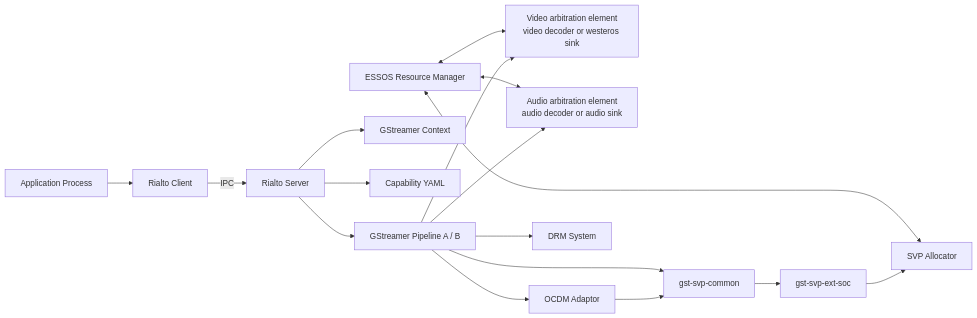
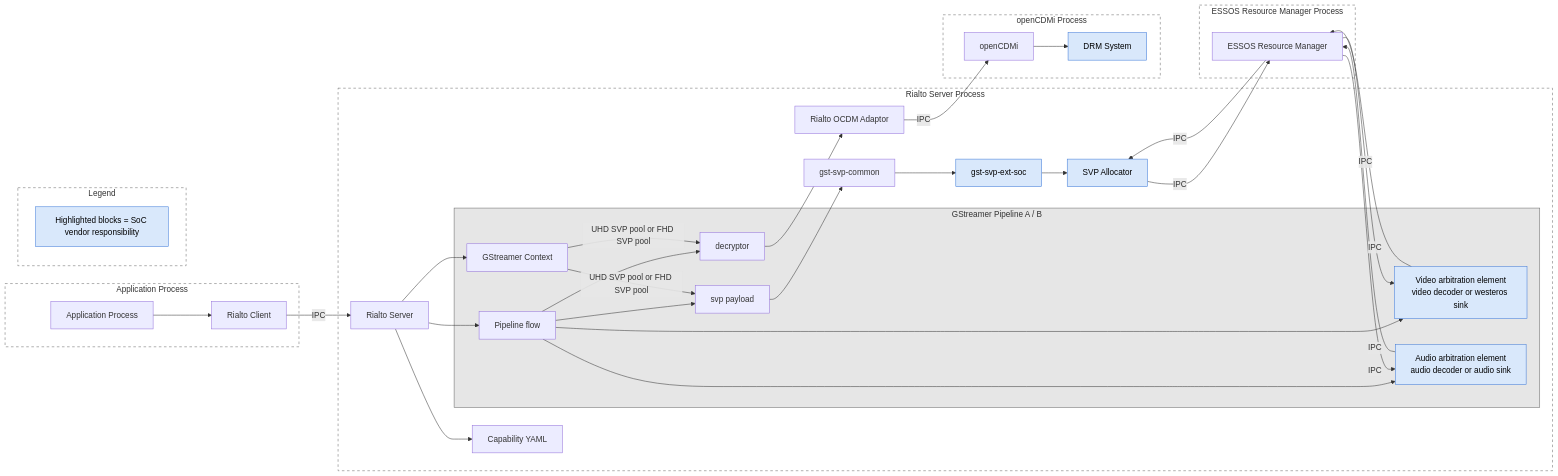
Before and after one commit to rdkcentral/rdk-hpk-documentation: the first of 9 diagrams in doc/SPECIFICATION-dual-decode-legacy-av-hal-extension.md, drawn with Mermaid. The commit also changed other lines of this file, not shown here.

First line of the commit message:
gh #47: docs: clarify dual-decode resource ownership and transition handling

````diff
--- a/doc/SPECIFICATION-dual-decode-legacy-av-hal-extension.md
+++ b/doc/SPECIFICATION-dual-decode-legacy-av-hal-extension.md
@@ -35,19 +37,68 @@
 ```mermaid
 graph LR
-    App[Application Process] --> RC[Rialto Client]
-    RC -->|IPC| RS[Rialto Server]
-    RS --> GST[GStreamer Pipeline A / B]
-    GST --> VARB[Video arbitration element<br/>video decoder or westeros sink]
-    GST --> AARB[Audio arbitration element<br/>audio decoder or audio sink]
-    RS --> Ctx[GStreamer Context]
-    RS --> YAML[Capability YAML]
-    GST --> OCDM[OCDM Adaptor]
-    OCDM --> SVPC[gst-svp-common]
-    SVPC --> SVPE[gst-svp-ext-soc]
-    SVPE --> SVP[SVP Allocator]
-    GST --> SVPC
-    GST --> DRM[DRM System]
-    RM[ESSOS Resource Manager] <--> VARB
-    RM <--> AARB
-    RM <--> SVP
+    subgraph AP[Application Process]
+        App[Application Process] --> RC[Rialto Client]
+    end
+
+    subgraph RSP[Rialto Server Process]
+        RS[Rialto Server]
+        subgraph GSTP[GStreamer Pipeline A / B]
+            GST[Pipeline flow]
+            Ctx[GStreamer Context]
+            DEC[decryptor]
+            SVPP[svp payload]
+            VARB[Video arbitration element<br/>video decoder or westeros sink]
+            AARB[Audio arbitration element<br/>audio decoder or audio sink]
+        end
+        RS --> GST
+        GST --> DEC
+        GST --> SVPP
+        GST --> VARB
+        GST --> AARB
+        RS --> Ctx
+        Ctx -->|UHD SVP pool or FHD SVP pool| DEC
+        Ctx -->|UHD SVP pool or FHD SVP pool| SVPP
+        RS --> YAML[Capability YAML]
+        DEC --> OCDM[Rialto OCDM Adaptor]
+        SVPP --> SVPC[gst-svp-common]
+        SVPC --> SVPE[gst-svp-ext-soc]
+        SVPE --> SVP[SVP Allocator]
+    end
+
+    subgraph OCP[openCDMi Process]
+        OPENCDM[openCDMi]
+        DRM[DRM System]
+    end
+
+    subgraph LEG[Legend]
+        LRESP[Highlighted blocks = SoC vendor responsibility]
+    end
+
+    OCDM -->|IPC| OPENCDM
+    OPENCDM --> DRM
+
+    subgraph RMP[ESSOS Resource Manager Process]
+        RM[ESSOS Resource Manager]
+    end
+
+    RC -->|IPC| RS
+    RM -->|IPC| VARB
+    VARB -->|IPC| RM
+    RM -->|IPC| AARB
+    AARB -->|IPC| RM
+    RM -->|IPC| SVP
+    SVP -->|IPC| RM
+
+    style AP fill:none,stroke:#666,stroke-width:1px,stroke-dasharray: 5 5
+    style RSP fill:none,stroke:#666,stroke-width:1px,stroke-dasharray: 5 5
+    style GSTP fill:#e6e6e6,stroke:#666,stroke-width:1px
+    style LEG fill:none,stroke:#666,stroke-width:1px,stroke-dasharray: 5 5
+    style OCP fill:none,stroke:#666,stroke-width:1px,stroke-dasharray: 5 5
+    style RMP fill:none,stroke:#666,stroke-width:1px,stroke-dasharray: 5 5
+    style VARB fill:#d9e8fb,stroke:#3c78d8,stroke-width:1px,color:#000
+    style AARB fill:#d9e8fb,stroke:#3c78d8,stroke-width:1px,color:#000
+    style SVPE fill:#d9e8fb,stroke:#3c78d8,stroke-width:1px,color:#000
+    style SVP fill:#d9e8fb,stroke:#3c78d8,stroke-width:1px,color:#000
+    style DRM fill:#d9e8fb,stroke:#3c78d8,stroke-width:1px,color:#000
+    style LRESP fill:#d9e8fb,stroke:#3c78d8,stroke-width:1px,color:#000
 ```
````
